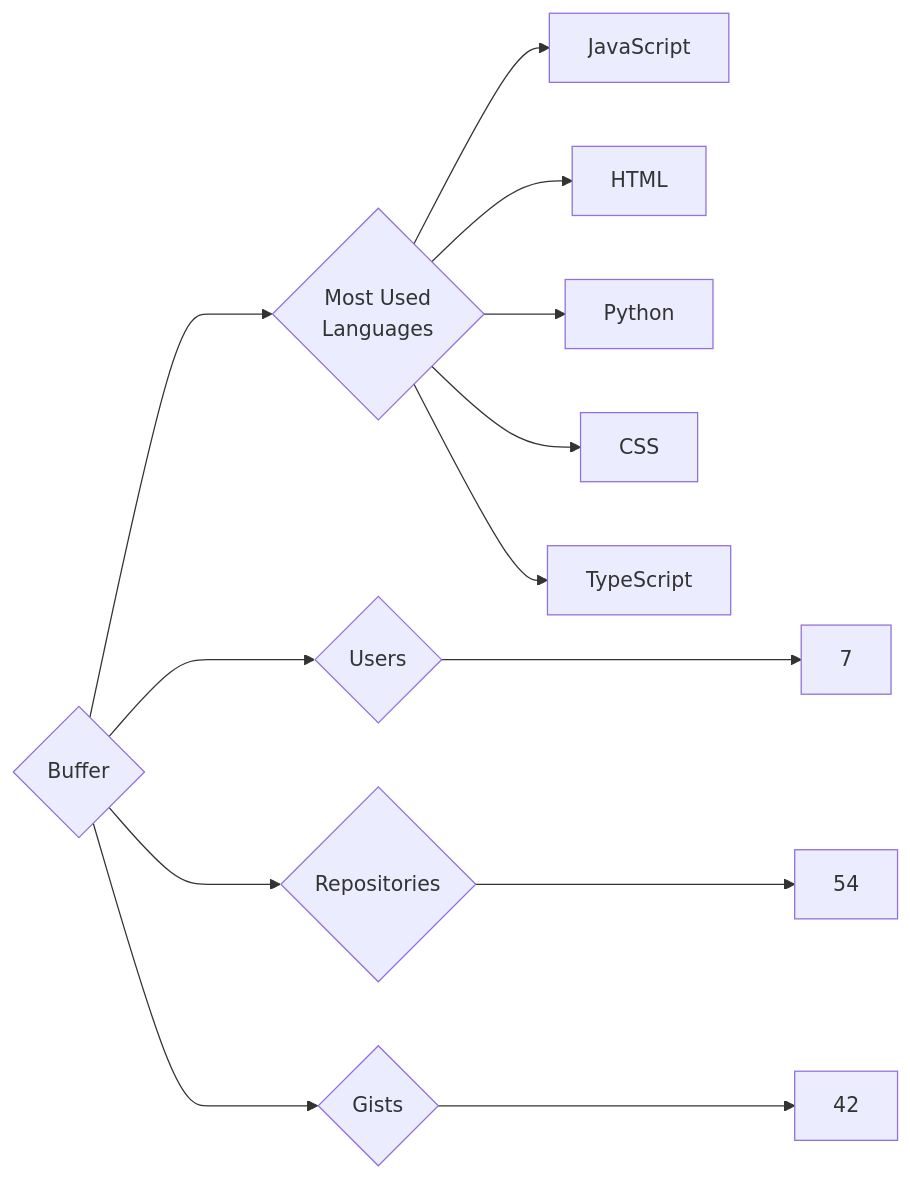
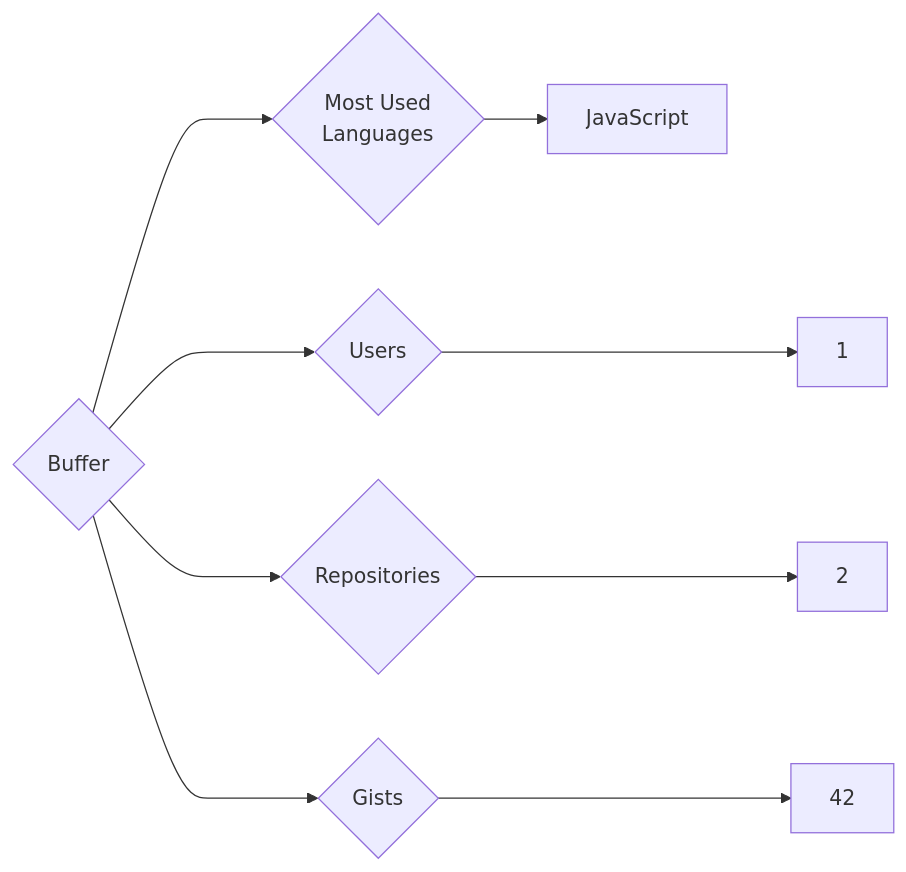
The diagram in targets/Buffer/README.md (trickest/insiders), drawn with Mermaid before and after one commit. The commit also changed 773 other files, not shown here.

````diff
--- a/targets/Buffer/README.md
+++ b/targets/Buffer/README.md
@@ -3,13 +3,9 @@
 ```mermaid
 graph LR
 COMPANY_NAME{Buffer}
-COMPANY_NAME ---> U{Users} ---> UN[7]
-COMPANY_NAME ---> R{Repositories} ---> RN[54]
+COMPANY_NAME ---> U{Users} ---> UN[1]
+COMPANY_NAME ---> R{Repositories} ---> RN[2]
 COMPANY_NAME ---> G{Gists} ---> GN[42]
 COMPANY_NAME ---> ML{Most Used<br>Languages}
 ML --> JavaScript[JavaScript]
-ML --> HTML[HTML]
-ML --> Python[Python]
-ML --> CSS[CSS]
-ML --> TypeScript[TypeScript]
 ```
````
